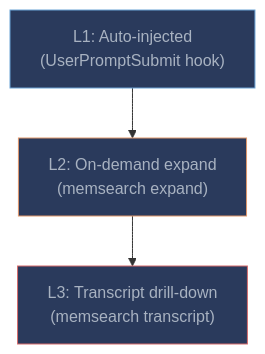
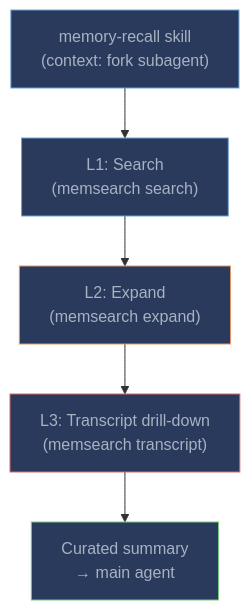
One commit to zilliztech/memsearch changed the fourth of 4 diagrams in docs/claude-plugin.md. Above: the diagram before and after it, drawn with Mermaid. The commit also changed other lines of this file and 5 other files, not shown here.

First line of the commit message:
ccplugin: replace push-based memory injection with skill-based recall (#53)

````diff
--- a/docs/claude-plugin.md
+++ b/docs/claude-plugin.md
@@ -183,9 +184,14 @@
 ```mermaid
 graph TD
-    L1["L1: Auto-injected<br/>(UserPromptSubmit hook)"] --> L2["L2: On-demand expand<br/>(memsearch expand)"]
+    SKILL["memory-recall skill<br/>(context: fork subagent)"]
+    SKILL --> L1["L1: Search<br/>(memsearch search)"]
+    L1 --> L2["L2: Expand<br/>(memsearch expand)"]
     L2 --> L3["L3: Transcript drill-down<br/>(memsearch transcript)"]
+    L3 --> RETURN["Curated summary<br/>→ main agent"]
 
+    style SKILL fill:#2a3a5c,stroke:#6ba3d6,color:#a8b2c1
     style L1 fill:#2a3a5c,stroke:#6ba3d6,color:#a8b2c1
     style L2 fill:#2a3a5c,stroke:#e0976b,color:#a8b2c1
     style L3 fill:#2a3a5c,stroke:#d66b6b,color:#a8b2c1
+    style RETURN fill:#2a3a5c,stroke:#7bc67e,color:#a8b2c1
 ```
````
